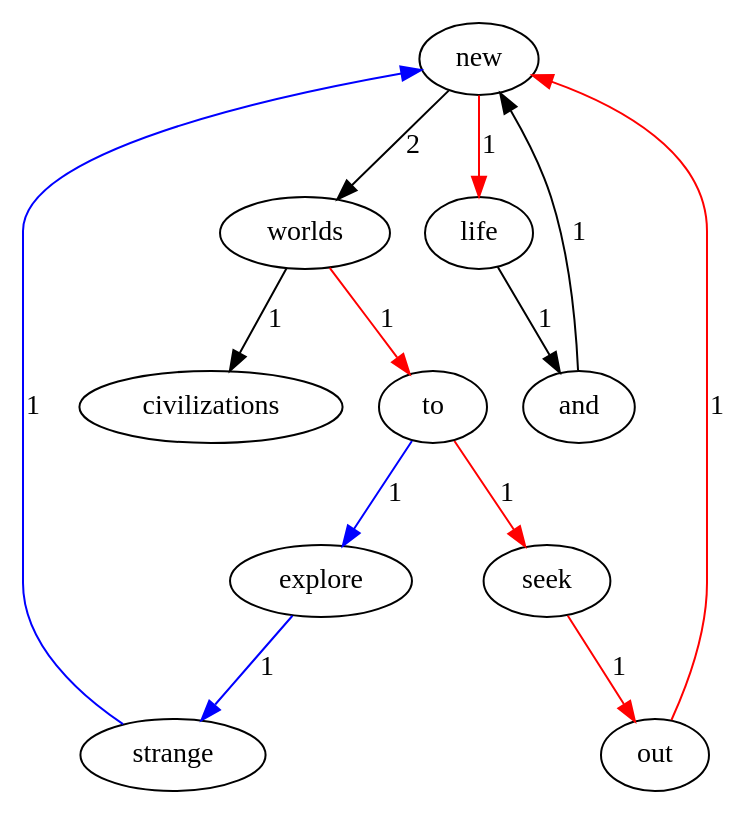
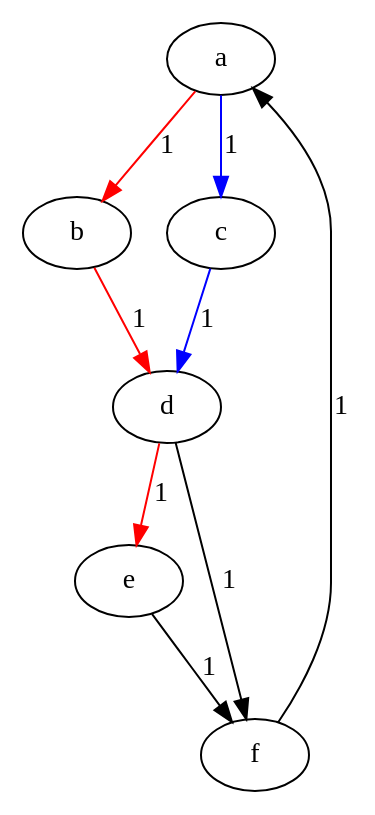
Before and after one commit to llliukexin/Lab1-2021111874: the diagram in result/marked_graph_all.dot, drawn with Graphviz. The commit also changed 46 other files, not shown here.

```diff
--- a/result/marked_graph_all.dot
+++ b/result/marked_graph_all.dot
@@ -1,14 +1,10 @@
 digraph G {
-	new -> worlds [label="2"];
-	new -> life [label="1"] [color=red];
-	worlds -> to [label="1"] [color=red];
-	worlds -> civilizations [label="1"];
-	explore -> strange [label="1"] [color=blue];
-	and -> new [label="1"];
-	to -> explore [label="1"] [color=blue];
-	to -> seek [label="1"] [color=red];
-	seek -> out [label="1"] [color=red];
-	strange -> new [label="1"] [color=blue];
-	life -> and [label="1"];
-	out -> new [label="1"] [color=red];
+	a -> b [label="1"] [color=red];
+	a -> c [label="1"] [color=blue];
+	b -> d [label="1"] [color=red];
+	c -> d [label="1"] [color=blue];
+	d -> e [label="1"] [color=red];
+	d -> f [label="1"];
+	e -> f [label="1"];
+	f -> a [label="1"];
 }
```
